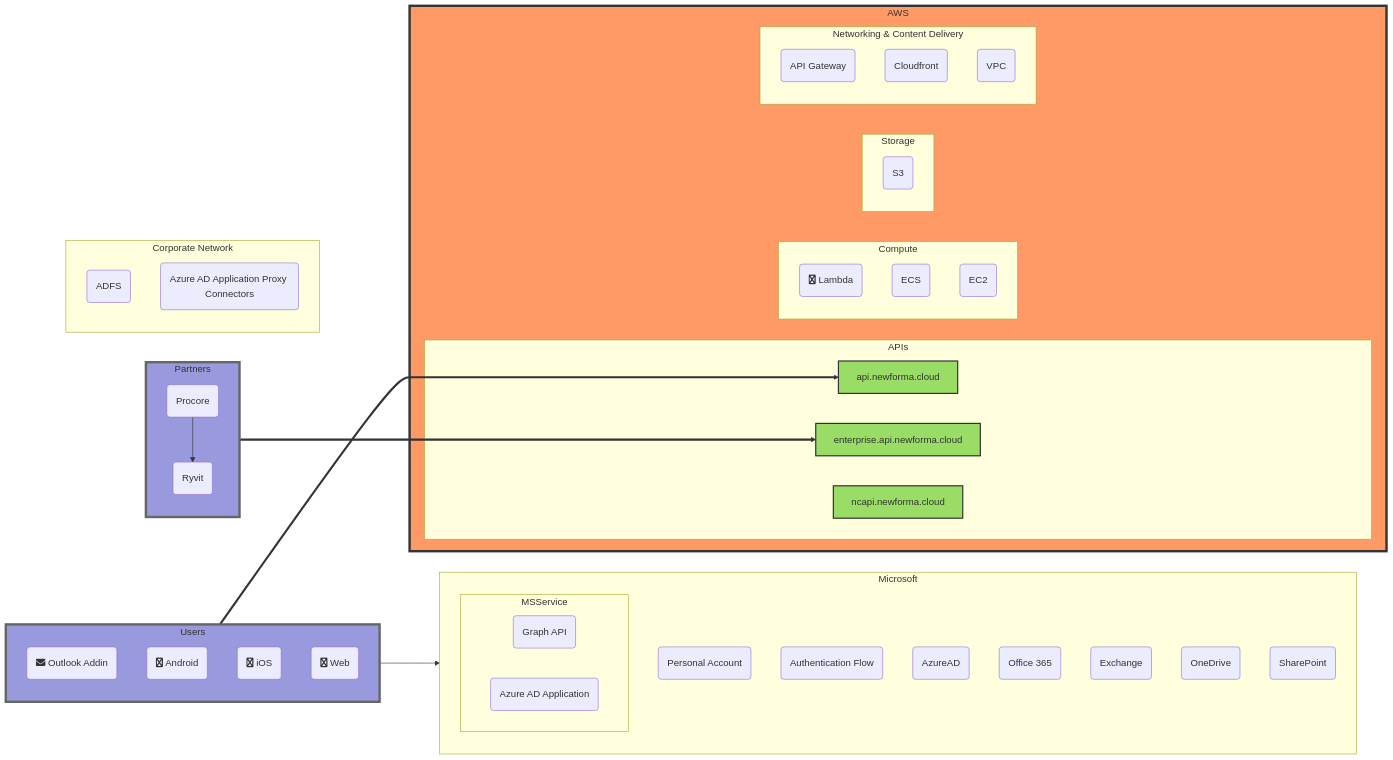
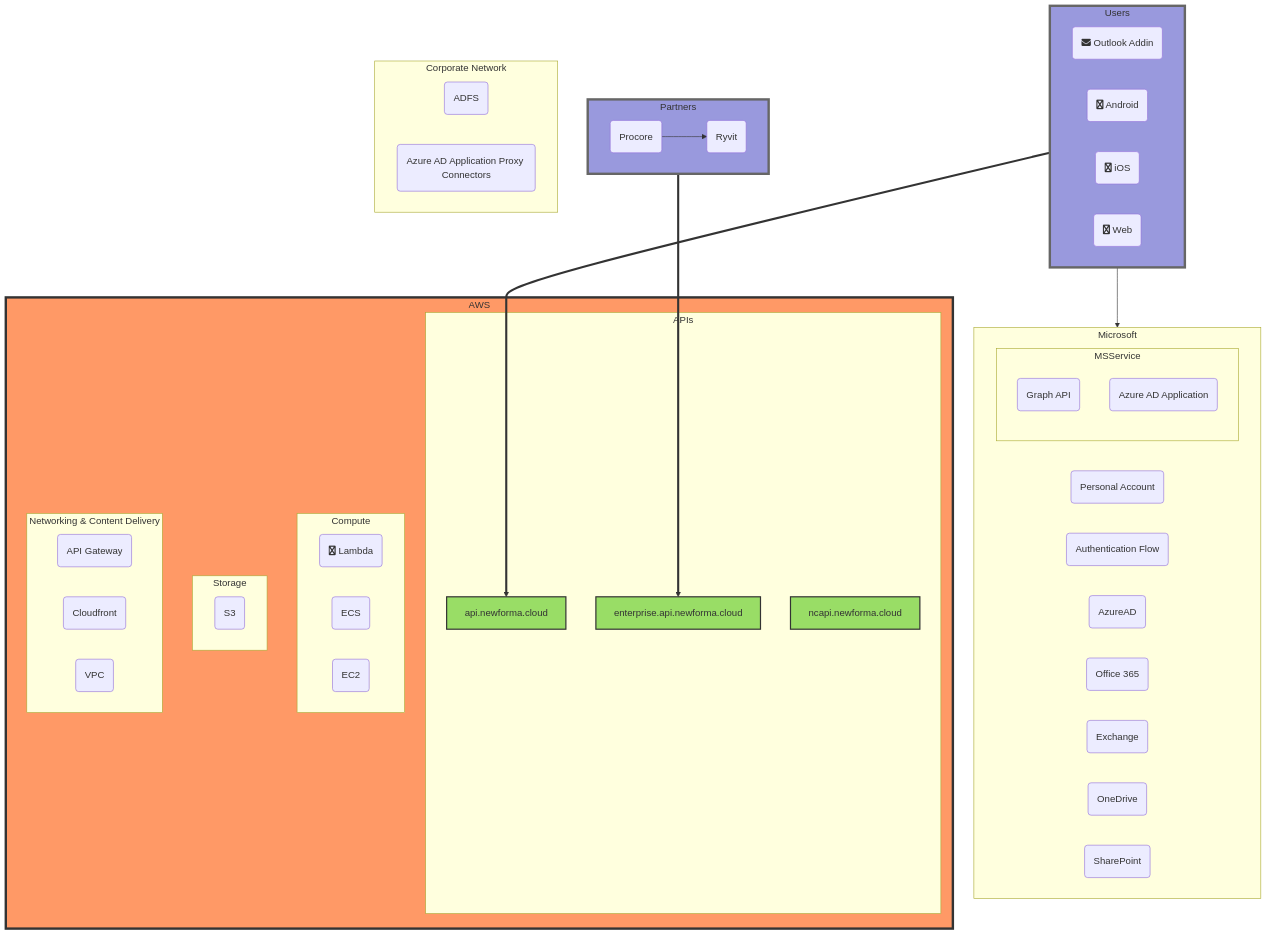
Before and after one commit to Newforma/Newforma-inc-security-policy-procedures: the diagram in Architecture_Overview.md, drawn with Mermaid.

````diff
--- a/Architecture_Overview.md
+++ b/Architecture_Overview.md
@@ -1,67 +1,66 @@
 ```mermaid
-
-graph LR
+graph TB
     subgraph Users
         Outlook(fa:fa-envelope Outlook Addin)
         Android(fa:fa-android Android)
         iOS(fa:fa-apple iOS)
         Web(fa:fa-chrome Web)
     end
     
     subgraph Partners
         Procore(Procore) --> Ryvit(Ryvit)
     end
     
     subgraph Microsoft
         Personal(Personal Account)
         AuthFlow(Authentication Flow)
         AzureAD(AzureAD)
         subgraph MSService
             GraphAPI(Graph API)
             AzureADApp(Azure AD Application)
         end
         Office365(Office 365)
         Exchange(Exchange)
         OneDrive(OneDrive)
         SharePoint(SharePoint)
     end
 
     subgraph AWS
         subgraph APIs
             api[api.newforma.cloud]
             eapi[enterprise.api.newforma.cloud]
             ncapi[ncapi.newforma.cloud]
         end
         subgraph Compute
             Lambda(fa:fa-amazon Lambda)
             ECS(ECS)
             EC2(EC2)
         end
         subgraph Storage
             S3(S3)
         end
         subgraph Networking & Content Delivery
             API_Gateway(API Gateway)
             Cloudfront(Cloudfront)
             VPC(VPC)
         end
     end
     subgraph Corporate Network
         ADFS(ADFS)
         AzureProxy(Azure AD Application Proxy Connectors)
     end
 
     Users-->Microsoft
 
     Partners==>eapi
     Users==>api
 
     classDef green fill:#9d6,stroke:#333,stroke-width:2px
     classDef orange fill:#f96,stroke:#333,stroke-width:4px
     classDef blue fill:#99d,stroke:#666,stroke-width:4px
 
     class Users,Partners blue
     class api,eapi,ncapi green
     class AWS orange
 
 ```
````
